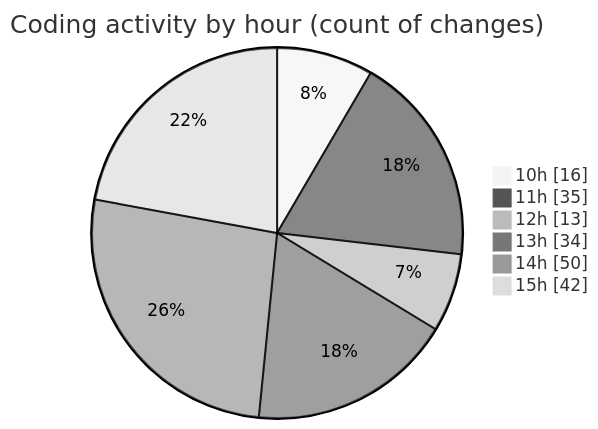
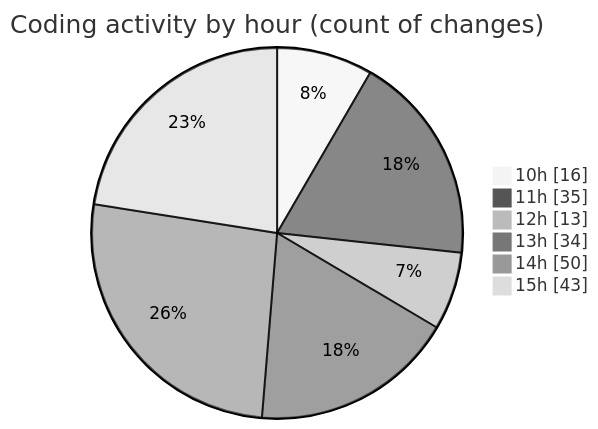
The second of 2 diagrams in 2025-02-20/micros/README.md (charlie-sans/code-tracking), drawn with Mermaid (neutral theme) before and after one commit. The commit also changed other lines of this file and 1 other file, not shown here.

````diff
--- a/2025-02-20/micros/README.md
+++ b/2025-02-20/micros/README.md
@@ -60,10 +60,10 @@
 ```mermaid
 pie showData
 title Coding activity by hour (count of changes)
 "10h" : 16
 "11h" : 35
 "12h" : 13
 "13h" : 34
 "14h" : 50
-"15h" : 42
+"15h" : 43
 ```
````
